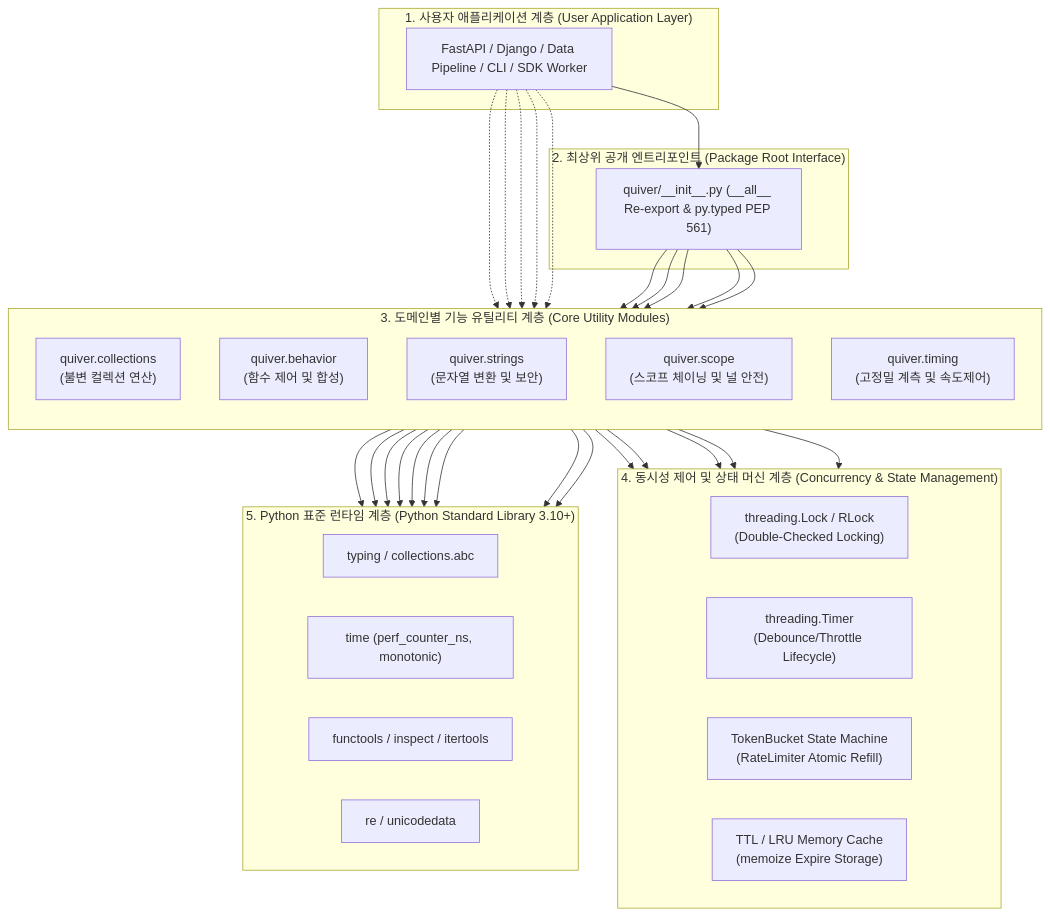
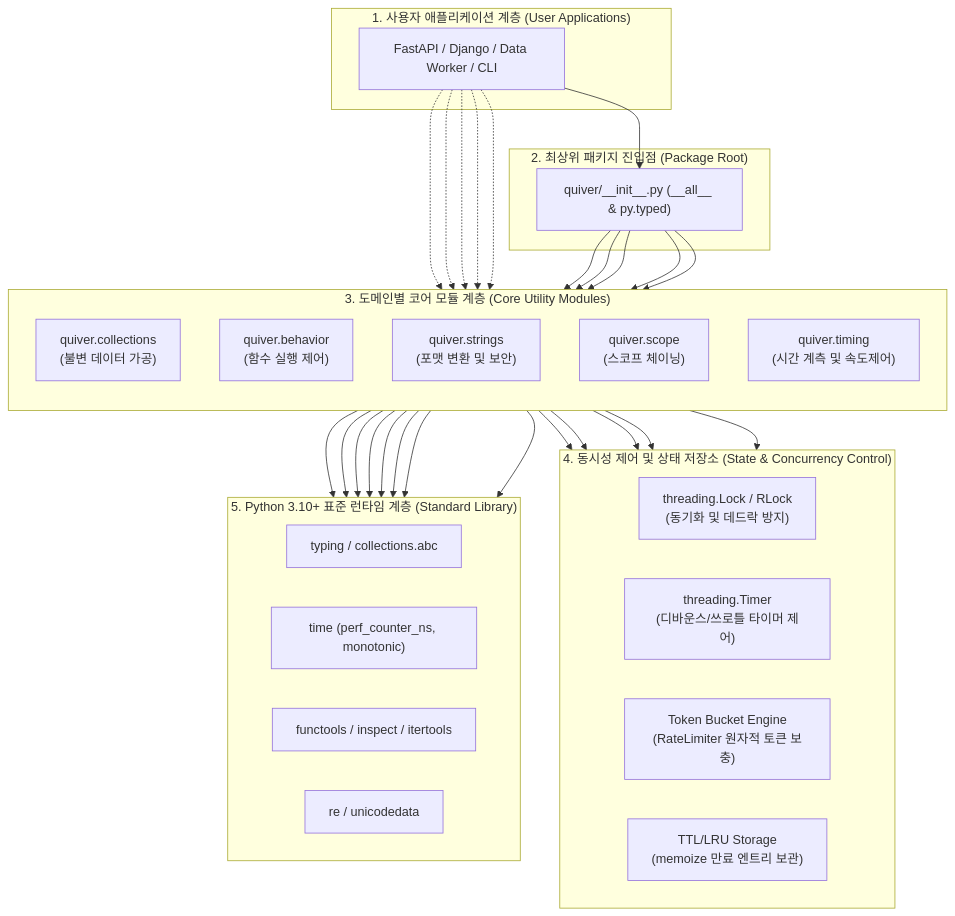
The first of 5 diagrams in docs/quiver/system-designer/01_SYSTEM_DESIGN.md (ozplayground/python-package), drawn with Mermaid before and after one commit. The commit also changed other lines of this file and 53 other files, not shown here.

````diff
--- a/docs/quiver/system-designer/01_SYSTEM_DESIGN.md
+++ b/docs/quiver/system-designer/01_SYSTEM_DESIGN.md
@@ -41,64 +49,63 @@
 ```mermaid
 flowchart TD
-    subgraph AppLayer["1. 사용자 애플리케이션 계층 (User Application Layer)"]
-        ClientApp["FastAPI / Django / Data Pipeline / CLI / SDK Worker"]
+    subgraph AppLayer["1. 사용자 애플리케이션 계층 (User Applications)"]
+        ClientApp["FastAPI / Django / Data Worker / CLI"]
     end
 
-    subgraph EntryLayer["2. 최상위 공개 엔트리포인트 (Package Root Interface)"]
-        RootAPI["quiver/__init__.py (__all__ Re-export & py.typed PEP 561)"]
+    subgraph EntryLayer["2. 최상위 패키지 진입점 (Package Root)"]
+        RootAPI["quiver/__init__.py (__all__ & py.typed)"]
     end
 
-    subgraph DomainModules["3. 도메인별 기능 유틸리티 계층 (Core Utility Modules)"]
+    subgraph CoreModules["3. 도메인별 코어 모듈 계층 (Core Utility Modules)"]
         direction TB
-        ModColl["quiver.collections<br/>(불변 컬렉션 연산)"]
-        ModBehv["quiver.behavior<br/>(함수 제어 및 합성)"]
-        ModStr["quiver.strings<br/>(문자열 변환 및 보안)"]
-        ModScp["quiver.scope<br/>(스코프 체이닝 및 널 안전)"]
-        ModTime["quiver.timing<br/>(고정밀 계측 및 속도제어)"]
+        ModColl["quiver.collections<br/>(불변 데이터 가공)"]
+        ModBehv["quiver.behavior<br/>(함수 실행 제어)"]
+        ModStr["quiver.strings<br/>(포맷 변환 및 보안)"]
+        ModScp["quiver.scope<br/>(스코프 체이닝)"]
+        ModTime["quiver.timing<br/>(시간 계측 및 속도제어)"]
     end
 
-    subgraph ConcurrencyResilience["4. 동시성 제어 및 상태 머신 계층 (Concurrency & State Management)"]
+    subgraph StateAndSync["4. 동시성 제어 및 상태 저장소 (State & Concurrency Control)"]
         direction LR
-        LockMgr["threading.Lock / RLock<br/>(Double-Checked Locking)"]
-        TimerMgr["threading.Timer<br/>(Debounce/Throttle Lifecycle)"]
-        TokenBucket["TokenBucket State Machine<br/>(RateLimiter Atomic Refill)"]
-        CacheStore["TTL / LRU Memory Cache<br/>(memoize Expire Storage)"]
+        LockPrimitives["threading.Lock / RLock<br/>(동기화 및 데드락 방지)"]
+        TimerLifecycle["threading.Timer<br/>(디바운스/쓰로틀 타이머 제어)"]
+        TokenBucketEngine["Token Bucket Engine<br/>(RateLimiter 원자적 토큰 보충)"]
+        CacheStorage["TTL/LRU Storage<br/>(memoize 만료 엔트리 보관)"]
     end
 
-    subgraph RuntimeLayer["5. Python 표준 런타임 계층 (Python Standard Library 3.10+)"]
+    subgraph StdLibLayer["5. Python 3.10+ 표준 런타임 계층 (Standard Library)"]
         direction LR
-        PyTyping["typing / collections.abc"]
-        PyTime["time (perf_counter_ns, monotonic)"]
-        PyFunc["functools / inspect / itertools"]
-        PyRe["re / unicodedata"]
+        TypingEngine["typing / collections.abc"]
+        TimeEngine["time (perf_counter_ns, monotonic)"]
+        FuncEngine["functools / inspect / itertools"]
+        ReEngine["re / unicodedata"]
     end
 
     ClientApp --> RootAPI
     ClientApp -.-> ModColl
     ClientApp -.-> ModBehv
     ClientApp -.-> ModStr
     ClientApp -.-> ModScp
     ClientApp -.-> ModTime
 
     RootAPI --> ModColl
     RootAPI --> ModBehv
     RootAPI --> ModStr
     RootAPI --> ModScp
     RootAPI --> ModTime
 
-    ModBehv --> LockMgr
-    ModBehv --> TimerMgr
-    ModBehv --> CacheStore
-    ModTime --> TokenBucket
-    ModTime --> LockMgr
+    ModBehv --> LockPrimitives
+    ModBehv --> TimerLifecycle
+    ModBehv --> CacheStorage
+    ModTime --> TokenBucketEngine
+    ModTime --> LockPrimitives
 
-    ModColl --> PyTyping
-    ModColl --> PyFunc
-    ModBehv --> PyTyping
-    ModBehv --> PyFunc
-    ModStr --> PyRe
-    ModStr --> PyTyping
-    ModScp --> PyTyping
-    ModTime --> PyTime
-    ModTime --> PyTyping
+    ModColl --> TypingEngine
+    ModColl --> FuncEngine
+    ModBehv --> TypingEngine
+    ModBehv --> FuncEngine
+    ModStr --> ReEngine
+    ModStr --> TypingEngine
+    ModScp --> TypingEngine
+    ModTime --> TimeEngine
 ```
````
